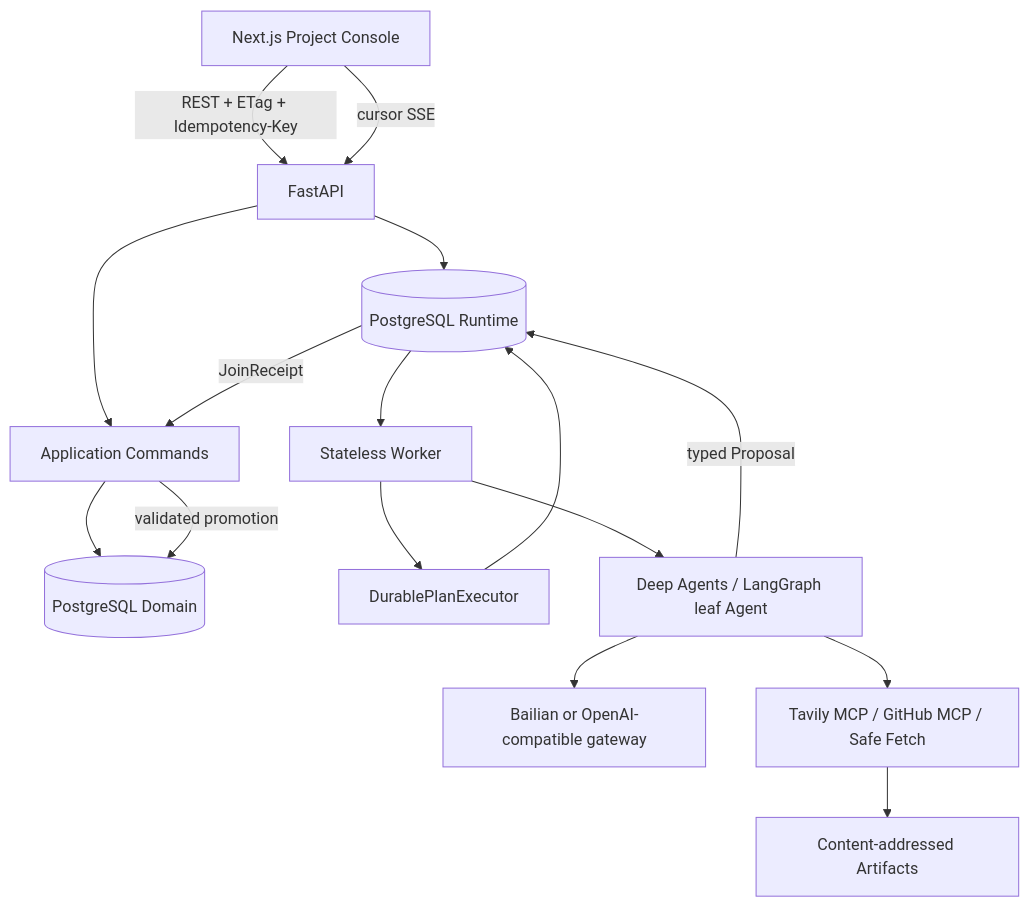
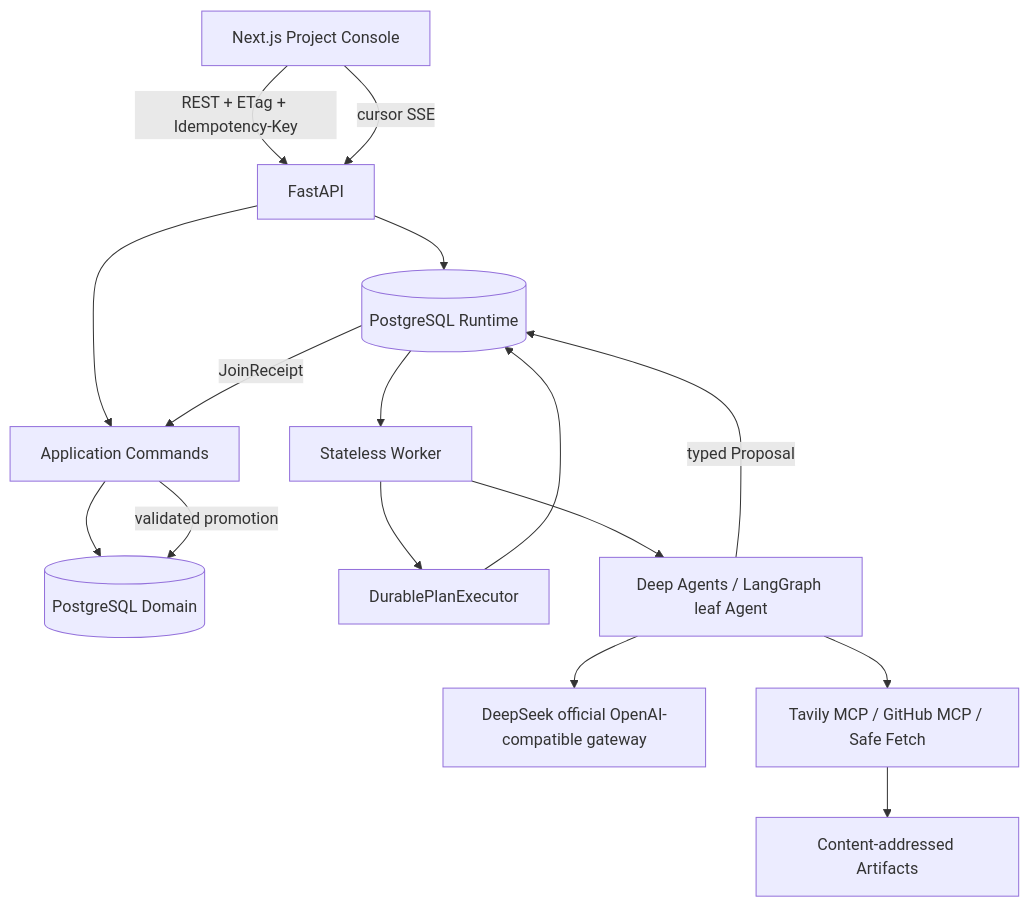
The diagram in docs/learning/01-project-architecture.md (aluochiyou/aidison), drawn with Mermaid before and after one commit. The commit also changed other lines of this file and 11 other files, not shown here.

````diff
--- a/docs/learning/01-project-architecture.md
+++ b/docs/learning/01-project-architecture.md
@@ -11,18 +11,18 @@
 ```mermaid
 flowchart TB
     UI[Next.js Project Console] -->|REST + ETag + Idempotency-Key| API[FastAPI]
     UI -->|cursor SSE| API
     API --> APP[Application Commands]
     APP --> DOMAIN[(PostgreSQL Domain)]
     API --> RUNTIME[(PostgreSQL Runtime)]
     RUNTIME --> WORKER[Stateless Worker]
     WORKER --> EXEC[DurablePlanExecutor]
     EXEC --> RUNTIME
     WORKER --> AGENT[Deep Agents / LangGraph leaf Agent]
-    AGENT --> MODEL[Bailian or OpenAI-compatible gateway]
+    AGENT --> MODEL[DeepSeek official OpenAI-compatible gateway]
     AGENT --> TOOLS[Tavily MCP / GitHub MCP / Safe Fetch]
     TOOLS --> ARTIFACT[Content-addressed Artifacts]
     AGENT -->|typed Proposal| RUNTIME
     RUNTIME -->|JoinReceipt| APP
     APP -->|validated promotion| DOMAIN
 ```
````
